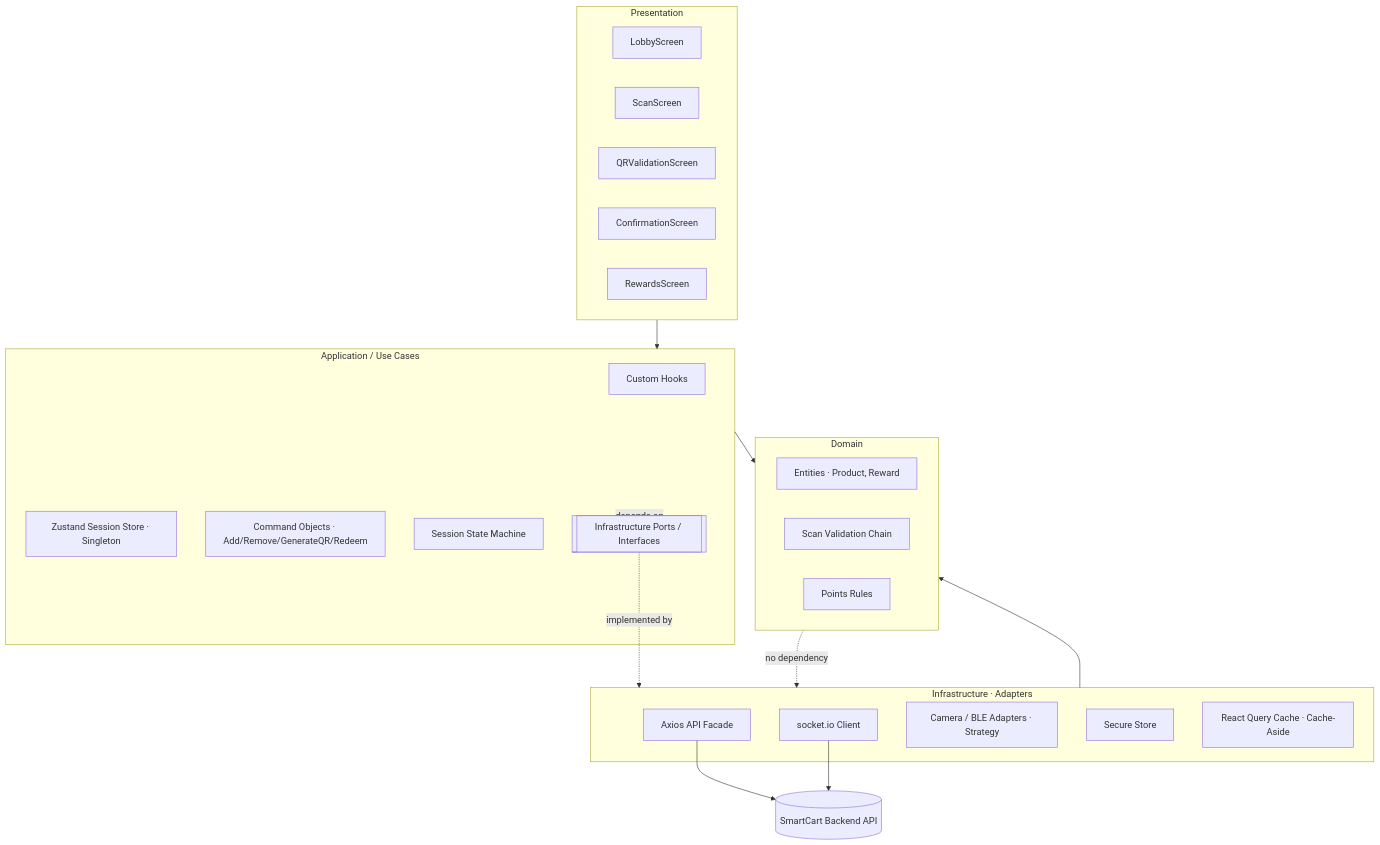
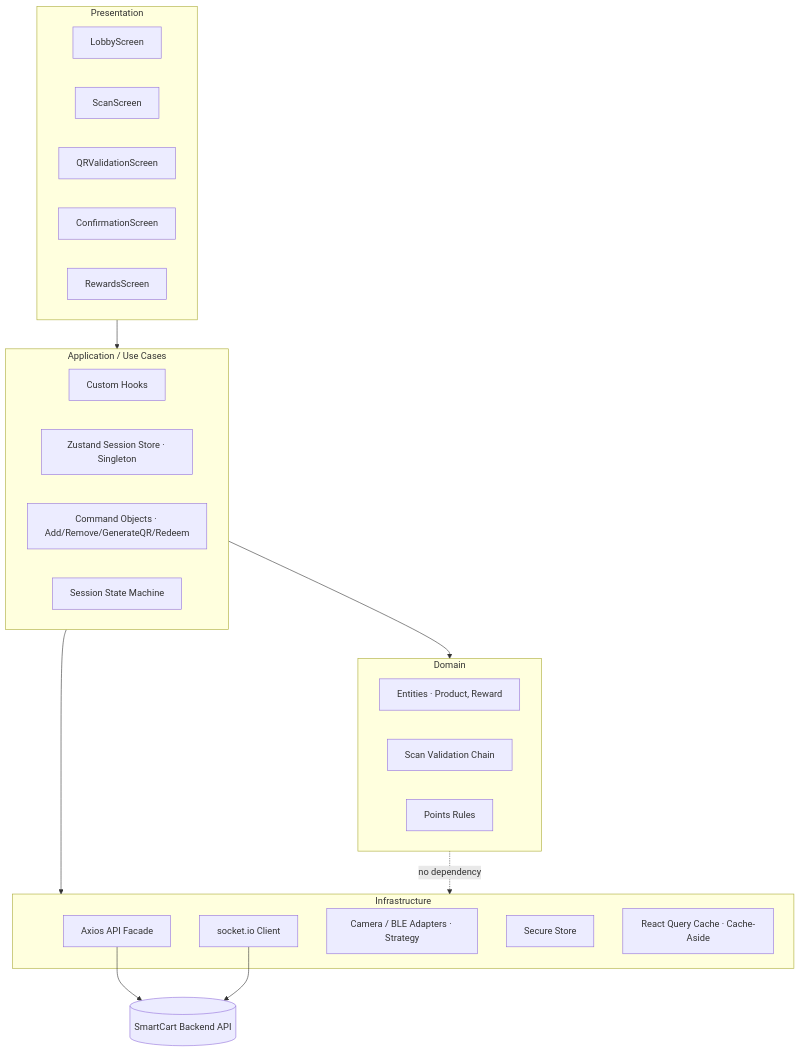
Before and after one commit to davlm05/IICaso_DiseSoftware: the diagram in DesignContext/frontend.md, drawn with Mermaid. The commit also changed other lines of this file, not shown here.

````diff
--- a/DesignContext/frontend.md
+++ b/DesignContext/frontend.md
@@ -350,41 +234,38 @@
 ```mermaid
 flowchart TD
     subgraph Presentation
         S1[LobbyScreen]
         S2[ScanScreen]
         S3[QRValidationScreen]
         S4[ConfirmationScreen]
         S5[RewardsScreen]
     end
 
     subgraph Application["Application / Use Cases"]
         H[Custom Hooks]
         ST[Zustand Session Store · Singleton]
         CMD[Command Objects · Add/Remove/GenerateQR/Redeem]
         SM[Session State Machine]
-        PORTS[[Infrastructure Ports / Interfaces]]
     end
 
     subgraph Domain
         ENT[Entities · Product, Reward]
         VAL[Scan Validation Chain]
         RULES[Points Rules]
     end
 
-    subgraph Infrastructure["Infrastructure · Adapters"]
+    subgraph Infrastructure
         API[Axios API Facade]
         WS[socket.io Client]
         CAM[Camera / BLE Adapters · Strategy]
         SEC[Secure Store]
         RQ[React Query Cache · Cache-Aside]
     end
 
     Presentation --> Application
     Application --> Domain
-    Application -->|depends on| PORTS
-    PORTS -. implemented by .-> Infrastructure
-    Infrastructure --> Domain
+    Application --> Infrastructure
     Domain -.no dependency.-> Infrastructure
     API --> Backend[(SmartCart Backend API)]
     WS --> Backend
 ```
````
